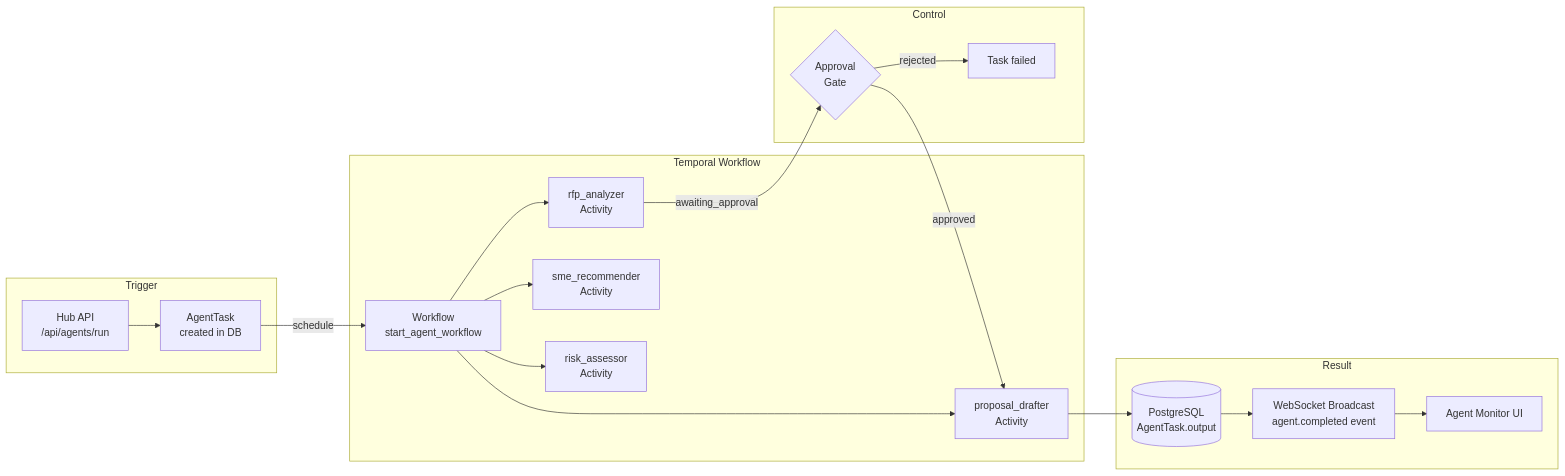
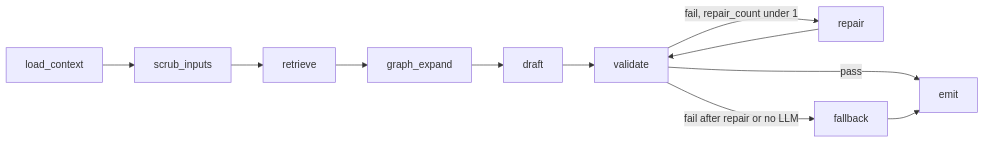
Before and after one commit to sanjayrkshetty/presales-hub: the first of 3 diagrams in docs/architecture/ai-pipeline.md, drawn with Mermaid. The commit also changed other lines of this file and 21 other files, not shown here.

First line of the commit message:
docs: align architecture with G1 / Post-G1 reality (#8)

````diff
--- a/docs/architecture/ai-pipeline.md
+++ b/docs/architecture/ai-pipeline.md
@@ -39,26 +12,13 @@
 ```mermaid
 flowchart LR
-    subgraph Trigger
-        API[Hub API\n/api/agents/run] --> AT[AgentTask\ncreated in DB]
-    end
-
-    subgraph Temporal["Temporal Workflow"]
-        AT -->|schedule| WT[Workflow\nstart_agent_workflow]
-        WT --> A1[rfp_analyzer\nActivity]
-        WT --> A2[sme_recommender\nActivity]
-        WT --> A3[proposal_drafter\nActivity]
-        WT --> A4[risk_assessor\nActivity]
-    end
-
-    subgraph Control
-        A1 -->|awaiting_approval| Gate{Approval\nGate}
-        Gate -->|approved| A3
-        Gate -->|rejected| Reject[Task failed]
-    end
-
-    subgraph Result
-        A3 --> Persist[(PostgreSQL\nAgentTask.output)]
-        Persist --> WS[WebSocket Broadcast\nagent.completed event]
-        WS --> FE[Agent Monitor UI]
-    end
+    load[load_context] --> scrub[scrub_inputs]
+    scrub --> retrieve[retrieve]
+    retrieve --> expand[graph_expand]
+    expand --> draft[draft]
+    draft --> validate[validate]
+    validate -->|pass| emit[emit]
+    validate -->|fail, repair_count under 1| repair[repair]
+    repair --> validate
+    validate -->|fail after repair or no LLM| fallback[fallback]
+    fallback --> emit
 ```
````
